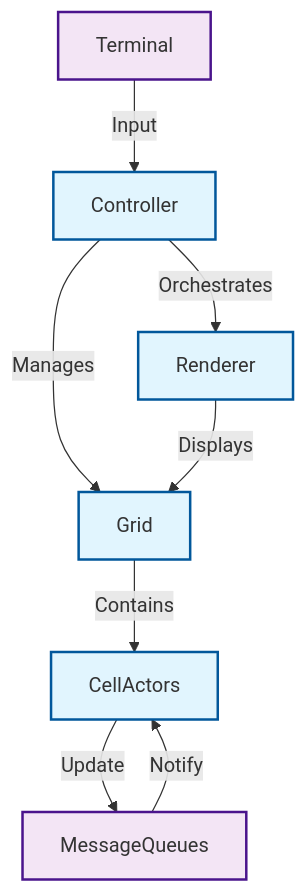
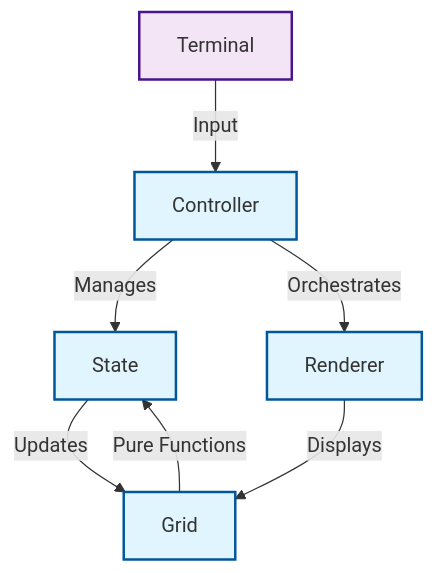
The sixth of 7 diagrams in docs/diagrams.md (dewe/py-gol), drawn with Mermaid before and after one commit. The commit also changed other lines of this file, not shown here.

Commit message:
docs: update diagrams to reflect pure functional architecture

````diff
--- a/docs/diagrams.md
+++ b/docs/diagrams.md
@@ -151,16 +142,15 @@
 ```mermaid
 graph TD
-    Controller -->|Manages| Grid
+    Controller -->|Manages| State
     Controller -->|Orchestrates| Renderer
-    Grid -->|Contains| CellActors
-    CellActors -->|Update| MessageQueues
-    MessageQueues -->|Notify| CellActors
+    State -->|Updates| Grid
+    Grid -->|Pure Functions| State
     Renderer -->|Displays| Grid
     Terminal -->|Input| Controller
 
     %% Styling
     classDef component fill:#e1f5fe,stroke:#01579b,stroke-width:2px;
     classDef system fill:#f3e5f5,stroke:#4a148c,stroke-width:2px;
-    class Controller,Grid,Renderer,CellActors component;
-    class MessageQueues,Terminal system;
+    class Controller,State,Renderer,Grid component;
+    class Terminal system;
 ```
````
